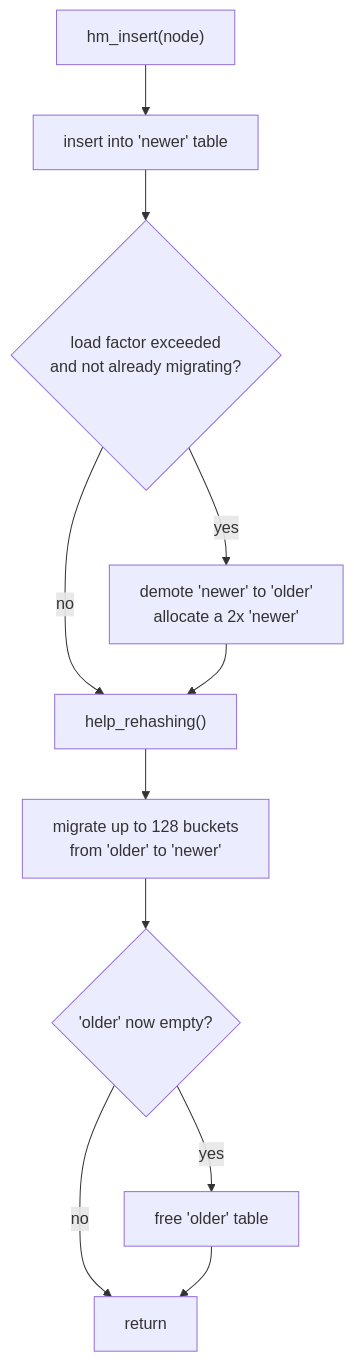
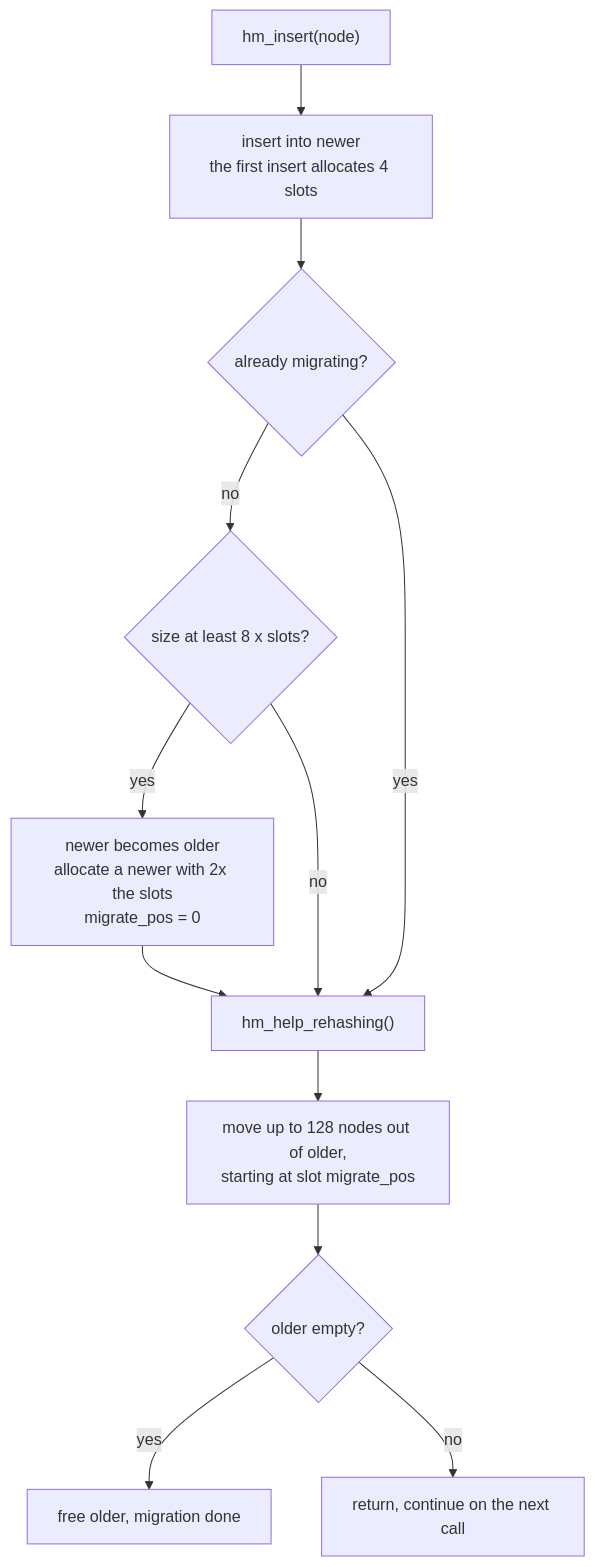
Before and after one commit to Rohitangshu2026/mini-redis: diagram 18 of 34 in README.md, drawn with Mermaid. The commit also changed other lines of this file, not shown here.

Commit message:
docs: rewrite README with the end-to-end architecture flow

````diff
--- a/README.md
+++ b/README.md
@@ -339,13 +829,14 @@
 ```mermaid
 flowchart TD
-    A["hm_insert(node)"] --> B["insert into 'newer' table"]
-    B --> C{"load factor exceeded<br/>and not already migrating?"}
-    C -->|yes| D["demote 'newer' to 'older'<br/>allocate a 2x 'newer'"]
-    C -->|no| E["help_rehashing()"]
-    D --> E
-    E --> F["migrate up to 128 buckets<br/>from 'older' to 'newer'"]
-    F --> G{"'older' now empty?"}
-    G -->|yes| H["free 'older' table"]
-    G -->|no| I["return"]
-    H --> I
+    A["hm_insert(node)"] --> B["insert into newer<br/>the first insert allocates 4 slots"]
+    B --> C{"already migrating?"}
+    C -->|no| D{"size at least 8 x slots?"}
+    D -->|yes| E["newer becomes older<br/>allocate a newer with 2x the slots<br/>migrate_pos = 0"]
+    D -->|no| F
+    C -->|yes| F["hm_help_rehashing()"]
+    E --> F
+    F --> G["move up to 128 nodes out of older,<br/>starting at slot migrate_pos"]
+    G --> H{"older empty?"}
+    H -->|yes| I["free older, migration done"]
+    H -->|no| J["return, continue on the next call"]
 ```
````
